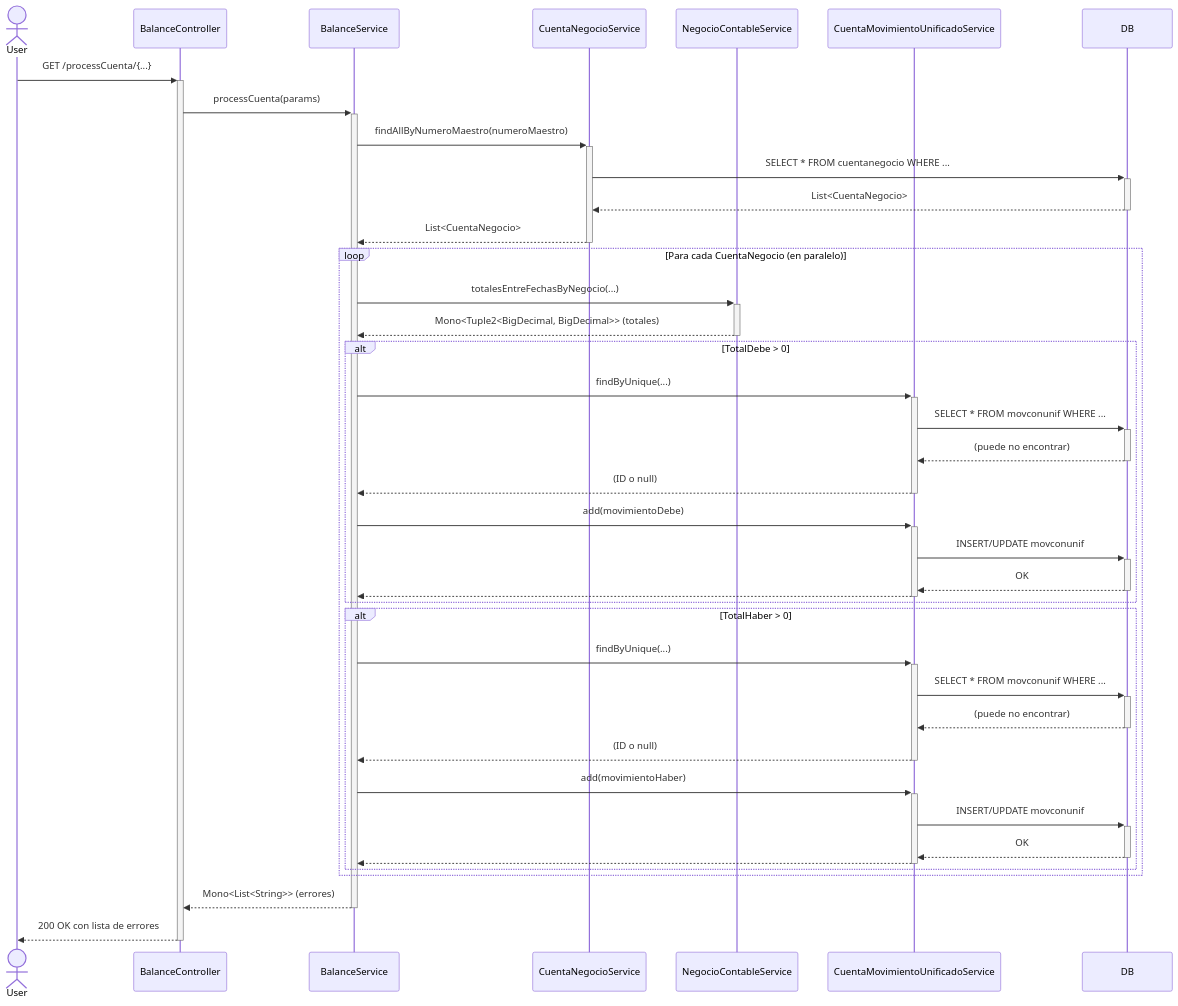
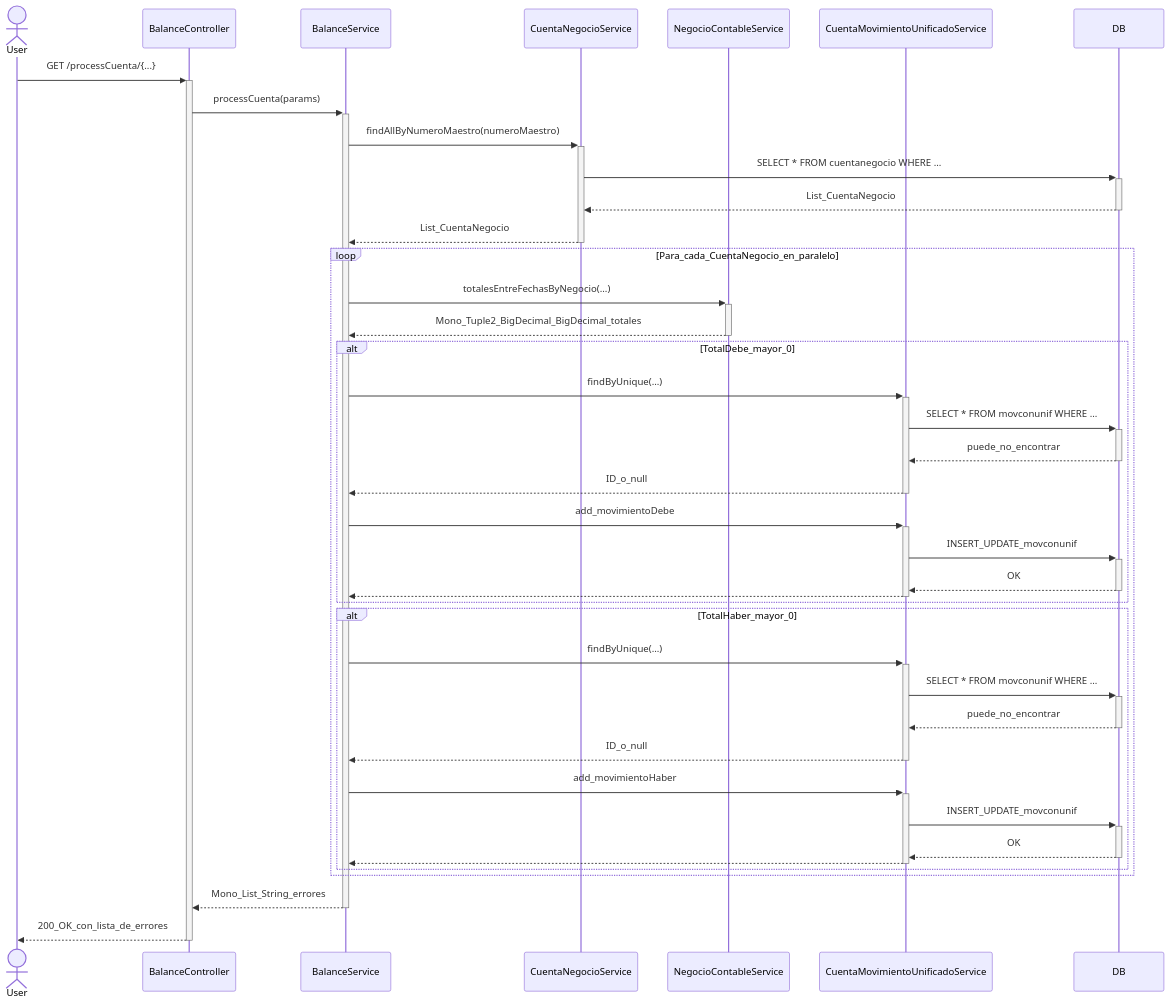
One commit to ETEREA-services/UNIFICADO.core-service changed the diagram in docs/diagrams/mermaid/balance-sequence-diagram.mmd. Above: the diagram before and after it, drawn with Mermaid. The commit also changed 2 other files, not shown here.

Commit message:
fix(docs): elimina emojis y caracteres especiales de los diagramas Mermaid para compatibilidad con GitHub Pages

```diff
--- a/docs/diagrams/mermaid/balance-sequence-diagram.mmd
+++ b/docs/diagrams/mermaid/balance-sequence-diagram.mmd
@@ -1,48 +1,48 @@
 sequenceDiagram
     actor User
     participant BalanceController
     participant BalanceService
     participant CuentaNegocioService
     participant NegocioContableService
     participant CuentaMovimientoUnificadoService
     participant DB
 
     User->>+BalanceController: GET /processCuenta/{...}
     BalanceController->>+BalanceService: processCuenta(params)
     
     BalanceService->>+CuentaNegocioService: findAllByNumeroMaestro(numeroMaestro)
     CuentaNegocioService->>+DB: SELECT * FROM cuentanegocio WHERE ...
-    DB-->>-CuentaNegocioService: List<CuentaNegocio>
-    CuentaNegocioService-->>-BalanceService: List<CuentaNegocio>
+    DB-->>-CuentaNegocioService: List_CuentaNegocio
+    CuentaNegocioService-->>-BalanceService: List_CuentaNegocio
 
-    loop Para cada CuentaNegocio (en paralelo)
+    loop Para_cada_CuentaNegocio_en_paralelo
         BalanceService->>+NegocioContableService: totalesEntreFechasByNegocio(...)
-        NegocioContableService-->>-BalanceService: Mono<Tuple2<BigDecimal, BigDecimal>> (totales)
+        NegocioContableService-->>-BalanceService: Mono_Tuple2_BigDecimal_BigDecimal_totales
         
-        alt TotalDebe > 0
+        alt TotalDebe_mayor_0
             BalanceService->>+CuentaMovimientoUnificadoService: findByUnique(...)
             CuentaMovimientoUnificadoService->>+DB: SELECT * FROM movconunif WHERE ...
-            DB-->>-CuentaMovimientoUnificadoService: (puede no encontrar)
-            CuentaMovimientoUnificadoService-->>-BalanceService: (ID o null)
+            DB-->>-CuentaMovimientoUnificadoService: puede_no_encontrar
+            CuentaMovimientoUnificadoService-->>-BalanceService: ID_o_null
             
-            BalanceService->>+CuentaMovimientoUnificadoService: add(movimientoDebe)
-            CuentaMovimientoUnificadoService->>+DB: INSERT/UPDATE movconunif
+            BalanceService->>+CuentaMovimientoUnificadoService: add_movimientoDebe
+            CuentaMovimientoUnificadoService->>+DB: INSERT_UPDATE_movconunif
             DB-->>-CuentaMovimientoUnificadoService: OK
             CuentaMovimientoUnificadoService-->>-BalanceService: 
         end
 
-        alt TotalHaber > 0
+        alt TotalHaber_mayor_0
             BalanceService->>+CuentaMovimientoUnificadoService: findByUnique(...)
             CuentaMovimientoUnificadoService->>+DB: SELECT * FROM movconunif WHERE ...
-            DB-->>-CuentaMovimientoUnificadoService: (puede no encontrar)
-            CuentaMovimientoUnificadoService-->>-BalanceService: (ID o null)
+            DB-->>-CuentaMovimientoUnificadoService: puede_no_encontrar
+            CuentaMovimientoUnificadoService-->>-BalanceService: ID_o_null
 
-            BalanceService->>+CuentaMovimientoUnificadoService: add(movimientoHaber)
-            CuentaMovimientoUnificadoService->>+DB: INSERT/UPDATE movconunif
+            BalanceService->>+CuentaMovimientoUnificadoService: add_movimientoHaber
+            CuentaMovimientoUnificadoService->>+DB: INSERT_UPDATE_movconunif
             DB-->>-CuentaMovimientoUnificadoService: OK
             CuentaMovimientoUnificadoService-->>-BalanceService: 
         end
     end
 
-    BalanceService-->>-BalanceController: Mono<List<String>> (errores)
-    BalanceController-->>-User: 200 OK con lista de errores
+    BalanceService-->>-BalanceController: Mono_List_String_errores
+    BalanceController-->>-User: 200_OK_con_lista_de_errores
```
